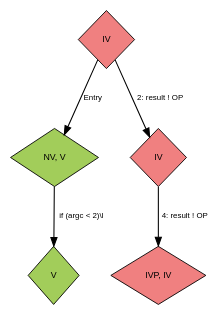
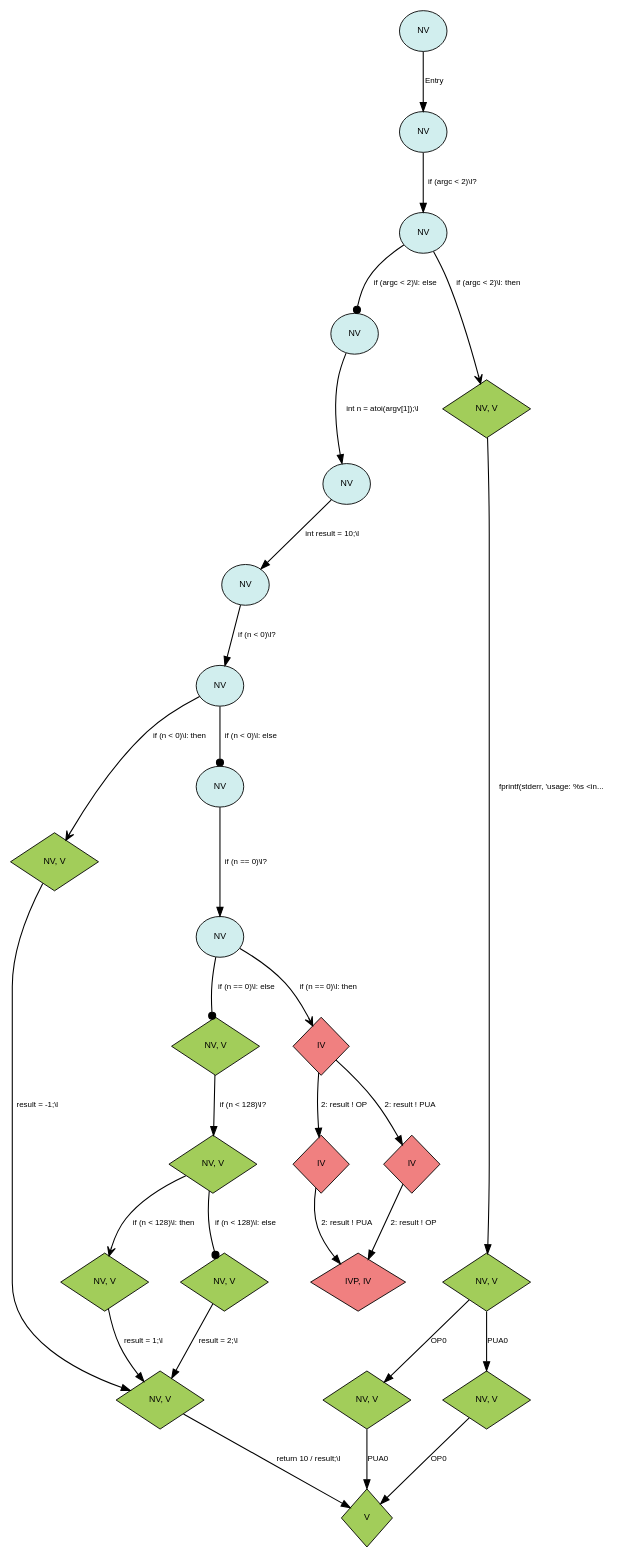
Before and after one commit to FelicitasGarcia/MimicryMonitor: the diagram in exampleFiles/dots/llvmBasedResults/Verdicts_Propagated_DOT.dot, drawn with Graphviz. The commit also changed 34 other files, not shown here.

```diff
--- a/exampleFiles/dots/llvmBasedResults/Verdicts_Propagated_DOT.dot
+++ b/exampleFiles/dots/llvmBasedResults/Verdicts_Propagated_DOT.dot
@@ -1,19 +1,62 @@
 digraph Verdicts_Propagated {
   rankdir=TB; // Top to bottom layout
   rank=min;
   nodesep=0.5; // Increase node separation
   ranksep=0.8; // Increase rank separation
 edge [curvature=0.3];  node [fontname="Helvetica", fontsize=10];
   edge [fontname="Helvetica", fontsize=9];
 
-  0 [label="IV", style=filled, fillcolor="lightcoral", shape=diamond, margin="0.15,0.15"];
-  12 [label="NV, V", style=filled, fillcolor="darkolivegreen3", shape=diamond, margin="0.15,0.15"];
-  15 [label="IV", style=filled, fillcolor="lightcoral", shape=diamond, margin="0.15,0.15"];
-  40 [label="IVP, IV", style=filled, fillcolor="lightcoral", shape=diamond, margin="0.15,0.15"];
-  21 [label="V", style=filled, fillcolor="darkolivegreen3", shape=diamond, margin="0.15,0.15"];
+  14 [label="NV", style=filled, fillcolor="lightcyan2", shape=ellipse, margin="0.15,0.15"];
+  299 [label="NV", style=filled, fillcolor="lightcyan2", shape=ellipse, margin="0.15,0.15"];
+  405 [label="IV", style=filled, fillcolor="lightcoral", shape=diamond, margin="0.15,0.15"];
+  177 [label="V", style=filled, fillcolor="darkolivegreen3", shape=diamond, margin="0.15,0.15"];
+  422 [label="NV, V", style=filled, fillcolor="darkolivegreen3", shape=diamond, margin="0.15,0.15"];
+  446 [label="IVP, IV", style=filled, fillcolor="lightcoral", shape=diamond, margin="0.15,0.15"];
+  397 [label="IV", style=filled, fillcolor="lightcoral", shape=diamond, margin="0.15,0.15"];
+  31 [label="NV", style=filled, fillcolor="lightcyan2", shape=ellipse, margin="0.15,0.15"];
+  331 [label="NV, V", style=filled, fillcolor="darkolivegreen3", shape=diamond, margin="0.15,0.15"];
+  67 [label="NV", style=filled, fillcolor="lightcyan2", shape=ellipse, margin="0.15,0.15"];
+  99 [label="NV", style=filled, fillcolor="lightcyan2", shape=ellipse, margin="0.15,0.15"];
+  229 [label="NV", style=filled, fillcolor="lightcyan2", shape=ellipse, margin="0.15,0.15"];
+  94 [label="NV, V", style=filled, fillcolor="darkolivegreen3", shape=diamond, margin="0.15,0.15"];
+  128 [label="NV, V", style=filled, fillcolor="darkolivegreen3", shape=diamond, margin="0.15,0.15"];
+  417 [label="NV, V", style=filled, fillcolor="darkolivegreen3", shape=diamond, margin="0.15,0.15"];
+  132 [label="NV, V", style=filled, fillcolor="darkolivegreen3", shape=diamond, margin="0.15,0.15"];
+  335 [label="IV", style=filled, fillcolor="lightcoral", shape=diamond, margin="0.15,0.15"];
+  370 [label="NV, V", style=filled, fillcolor="darkolivegreen3", shape=diamond, margin="0.15,0.15"];
+  263 [label="NV, V", style=filled, fillcolor="darkolivegreen3", shape=diamond, margin="0.15,0.15"];
+  256 [label="NV", style=filled, fillcolor="lightcyan2", shape=ellipse, margin="0.15,0.15"];
+  157 [label="NV", style=filled, fillcolor="lightcyan2", shape=ellipse, margin="0.15,0.15"];
+  315 [label="NV, V", style=filled, fillcolor="darkolivegreen3", shape=diamond, margin="0.15,0.15"];
+  52 [label="NV, V", style=filled, fillcolor="darkolivegreen3", shape=diamond, margin="0.15,0.15"];
+  0 [label="NV", style=filled, fillcolor="lightcyan2", shape=ellipse, margin="0.15,0.15"];
 
-  12 -> 21 [label="if (argc \< 2)\\l", id=16, arrowhead=normal, penwidth=1.2];
-  0 -> 15 [label="2: result ! OP", id=20, arrowhead=normal, penwidth=1.2];
-  15 -> 40 [label="4: result ! OP", id=20, arrowhead=normal, penwidth=1.2];
-  0 -> 12 [label="Entry", id=31, arrowhead=normal, penwidth=1.2];
+  94 -> 128 [label="OP0", id=13, arrowhead=normal, penwidth=1.2];
+  132 -> 177 [label="OP0", id=13, arrowhead=normal, penwidth=1.2];
+  0 -> 14 [label="Entry", id=16, arrowhead=normal, penwidth=1.2];
+  14 -> 31 [label="if (argc \< 2)\\l?", id=16, arrowhead=normal, penwidth=1.2];
+  31 -> 52 [label="if (argc \< 2)\\l: then", id=16, arrowhead=vee, penwidth=1.2];
+  31 -> 67 [label="if (argc \< 2)\\l: else", id=16, arrowhead=dot, penwidth=1.2];
+  99 -> 157 [label="int result = 10;\\l", id=16, arrowhead=normal, penwidth=1.2];
+  52 -> 94 [label="fprintf(stderr, 'usage: %s \<in...", id=18, arrowhead=normal, penwidth=1.2];
+  94 -> 132 [label="PUA0", id=19, arrowhead=normal, penwidth=1.2];
+  128 -> 177 [label="PUA0", id=19, arrowhead=normal, penwidth=1.2];
+  335 -> 405 [label="2: result ! OP", id=20, arrowhead=normal, penwidth=1.2];
+  397 -> 446 [label="2: result ! OP", id=20, arrowhead=normal, penwidth=1.2];
+  67 -> 99 [label="int n = atoi(argv[1]);\\l", id=21, arrowhead=normal, penwidth=1.2];
+  157 -> 229 [label="if (n \< 0)\\l?", id=23, arrowhead=normal, penwidth=1.2];
+  229 -> 256 [label="if (n \< 0)\\l: else", id=23, arrowhead=dot, penwidth=1.2];
+  229 -> 263 [label="if (n \< 0)\\l: then", id=23, arrowhead=vee, penwidth=1.2];
+  263 -> 315 [label="result = -1;\\l", id=24, arrowhead=normal, penwidth=1.2];
+  256 -> 299 [label="if (n == 0)\\l?", id=25, arrowhead=normal, penwidth=1.2];
+  299 -> 331 [label="if (n == 0)\\l: else", id=25, arrowhead=dot, penwidth=1.2];
+  299 -> 335 [label="if (n == 0)\\l: then", id=25, arrowhead=vee, penwidth=1.2];
+  335 -> 397 [label="2: result ! PUA", id=26, arrowhead=normal, penwidth=1.2];
+  405 -> 446 [label="2: result ! PUA", id=26, arrowhead=normal, penwidth=1.2];
+  331 -> 370 [label="if (n \< 128)\\l?", id=27, arrowhead=normal, penwidth=1.2];
+  370 -> 417 [label="if (n \< 128)\\l: else", id=27, arrowhead=dot, penwidth=1.2];
+  370 -> 422 [label="if (n \< 128)\\l: then", id=27, arrowhead=vee, penwidth=1.2];
+  422 -> 315 [label="result = 1;\\l", id=28, arrowhead=normal, penwidth=1.2];
+  417 -> 315 [label="result = 2;\\l", id=30, arrowhead=normal, penwidth=1.2];
+  315 -> 177 [label="return 10 / result;\\l", id=31, arrowhead=normal, penwidth=1.2];
 }
```
